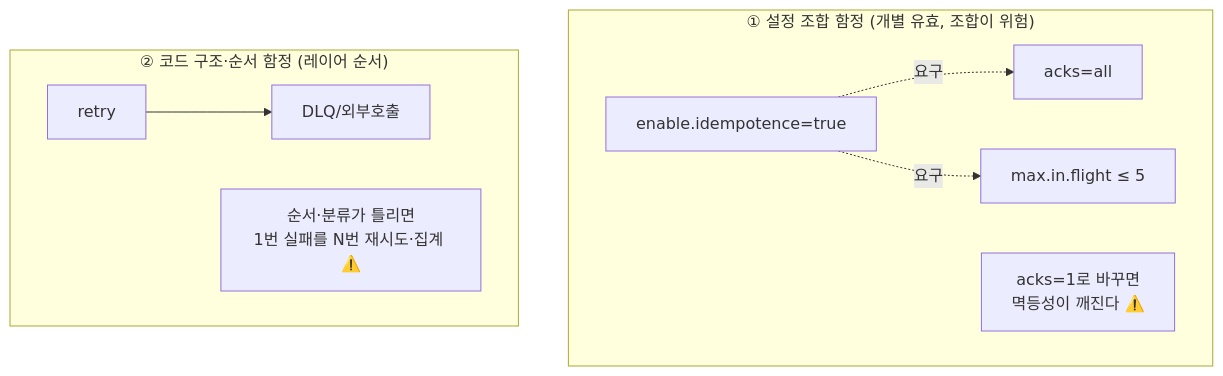
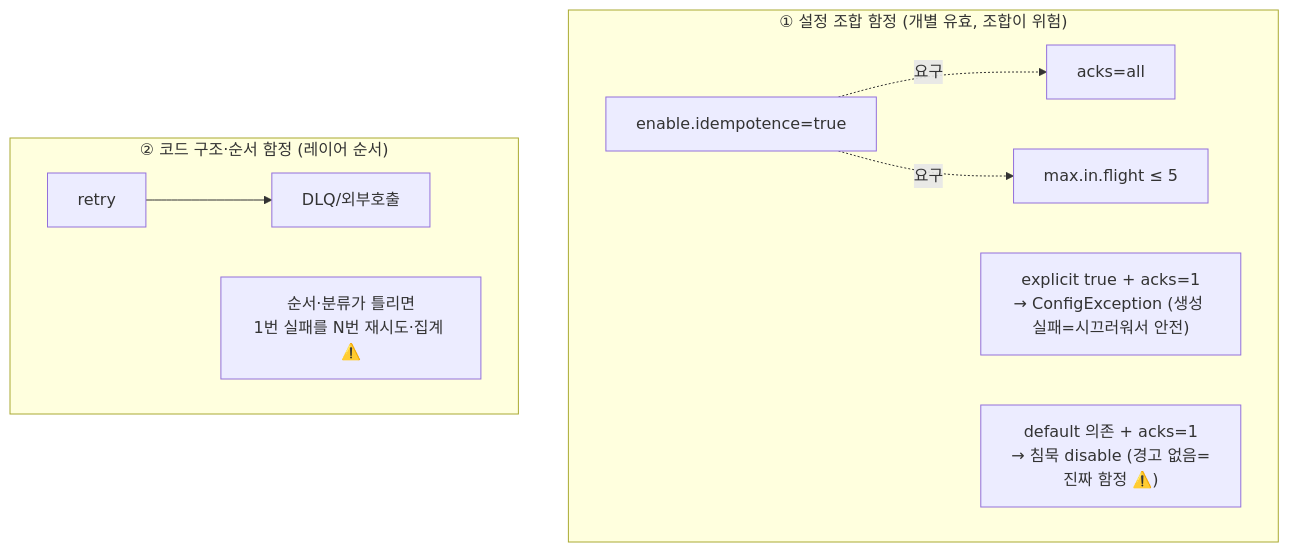
One commit to ghtjr410/kafka-lab changed the first of 2 diagrams in docs/book/2-spring/README.md. Above: the diagram before and after it, drawn with Mermaid. The commit also changed 1 other file, not shown here.

Commit message:
docs(book): II권 M1 — 멱등↔acks를 두 케이스로 (9장 킬러 포인트)
리뷰 검증: "깨진다"는 뭉뚱그림. 실제는 두 갈래(1차 소스 확인):
- explicit enable.idempotence=true + acks=1 → ConfigException(생성 실패=fail-fast, 시끄러워서 안전)
- default 의존 + acks=1 → 경고 없이 침묵 disable("안전하다는 착각"=진짜 함정)
README mermaid 말풍선 + 9장 본문(9.1) 둘 다 분리. "어디서 데이나" 책 정체성에 맞게
fail-fast(좋은 트랩)와 silent-disable(나쁜 트랩)을 명확히.

````diff
--- a/docs/book/2-spring/README.md
+++ b/docs/book/2-spring/README.md
@@ -30,12 +30,13 @@
 ```mermaid
 graph TB
     subgraph C1["① 설정 조합 함정 (개별 유효, 조합이 위험)"]
         A["enable.idempotence=true"] -.요구.-> B["acks=all"]
         A -.요구.-> M["max.in.flight ≤ 5"]
-        W1["acks=1로 바꾸면<br/>멱등성이 깨진다 ⚠️"]
+        EX["explicit true + acks=1<br/>→ ConfigException (생성 실패=시끄러워서 안전)"]
+        SD["default 의존 + acks=1<br/>→ 침묵 disable (경고 없음=진짜 함정 ⚠️)"]
     end
     subgraph C2["② 코드 구조·순서 함정 (레이어 순서)"]
         R["retry"] --> D["DLQ/외부호출"]
         W2["순서·분류가 틀리면<br/>1번 실패를 N번 재시도·집계 ⚠️"]
     end
 ```
````
